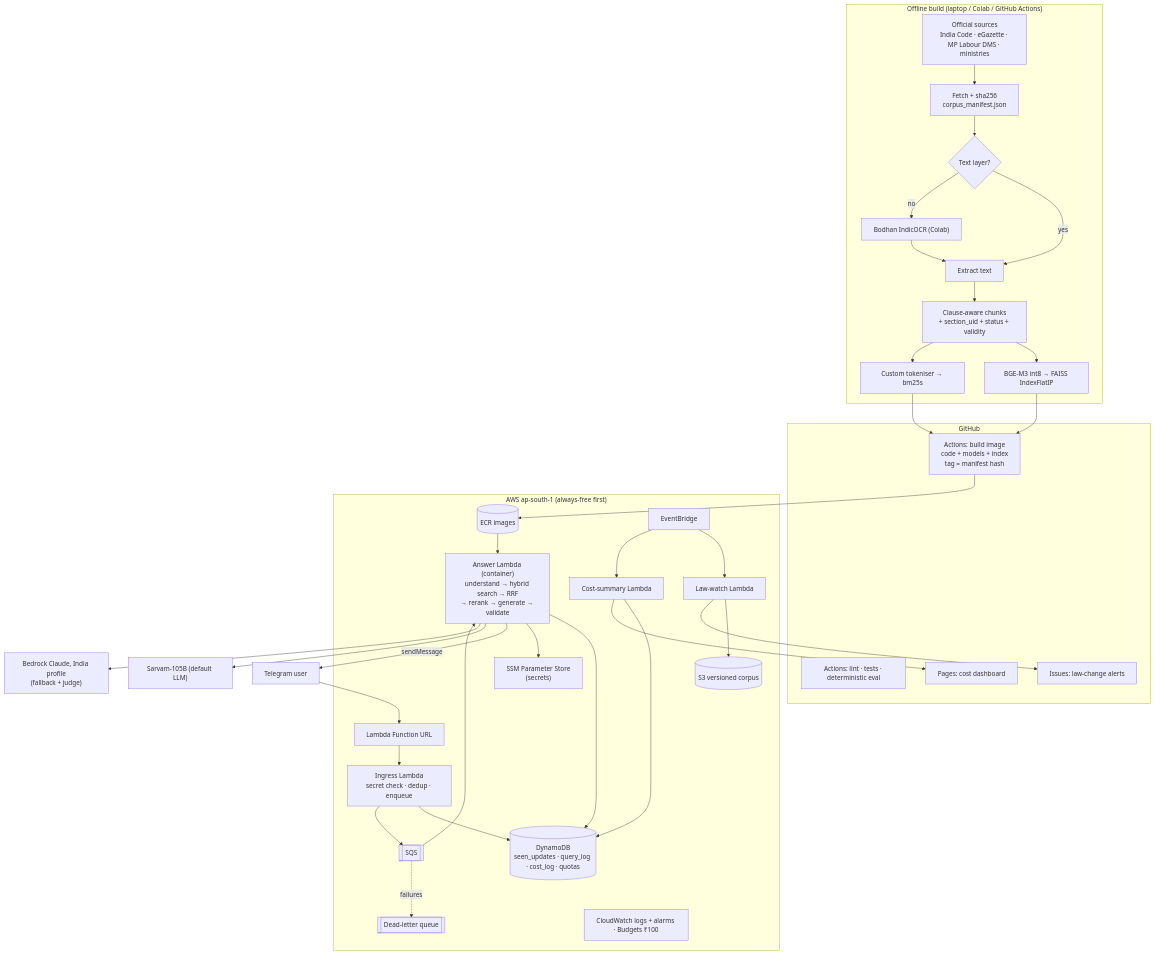
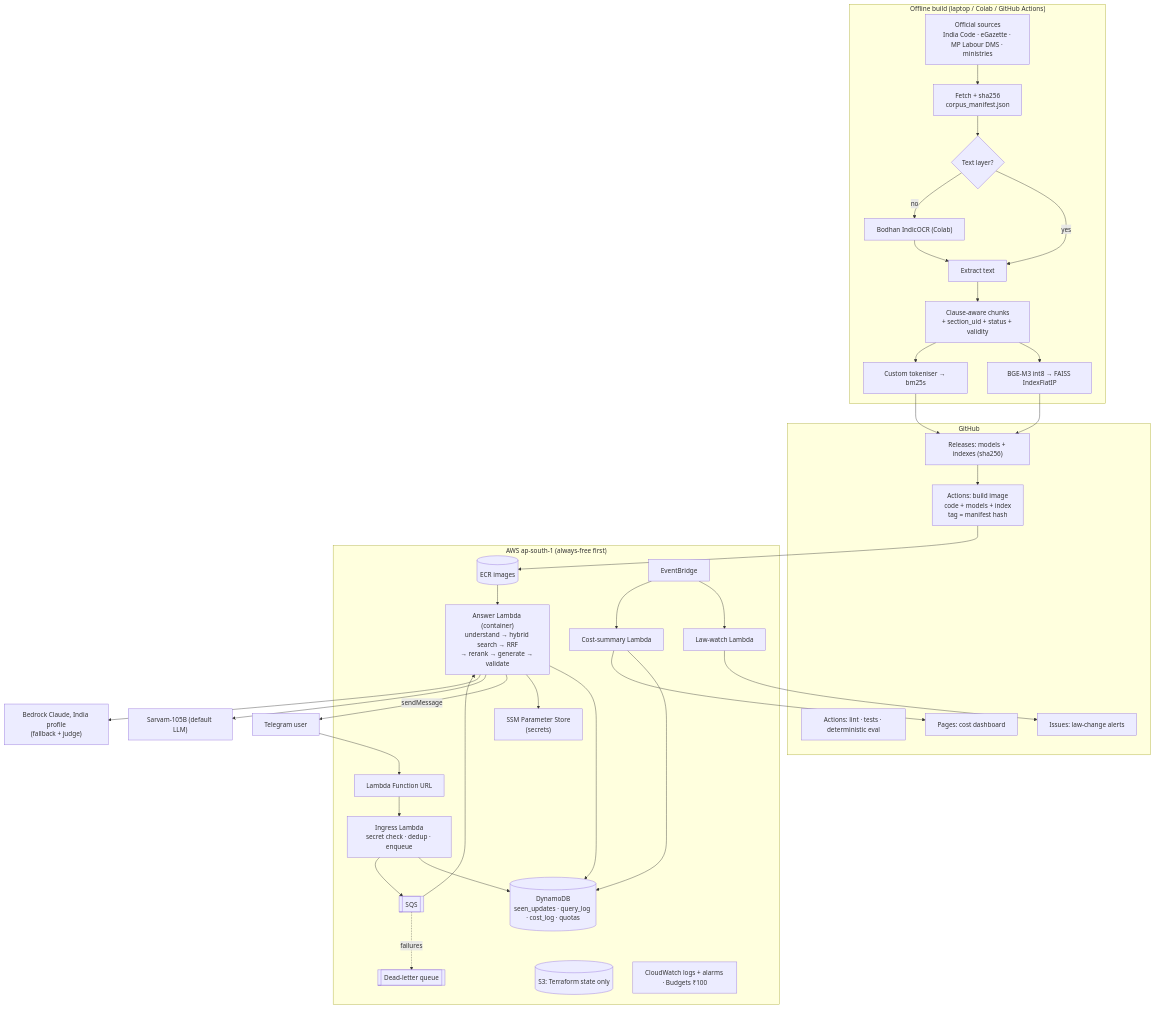
One commit to ajinendra05/Madhya-Kanoon-Saathi changed the diagram in docs/ARCHITECTURE.md. Above: the diagram before and after it, drawn with Mermaid. The commit also changed other lines of this file and 2 other files, not shown here.

Commit message:
docs: cloud storage plan (DEC-084): S3 for Terraform state only, artifacts in GitHub Releases, ECR one image
- alternatives kept in OPEN_QUESTIONS P11
- ARCHITECTURE updated

````diff
--- a/docs/ARCHITECTURE.md
+++ b/docs/ARCHITECTURE.md
@@ -6,48 +6,49 @@
 ```mermaid
 flowchart TB
     subgraph OFF["Offline build (laptop / Colab / GitHub Actions)"]
         SRC["Official sources<br/>India Code · eGazette · MP Labour DMS · ministries"] --> FETCH["Fetch + sha256<br/>corpus_manifest.json"]
         FETCH --> TXT{"Text layer?"}
         TXT -- yes --> PARSE["Extract text"]
         TXT -- no --> OCR["Bodhan IndicOCR (Colab)"]
         OCR --> PARSE
         PARSE --> CHUNK["Clause-aware chunks<br/>+ section_uid + status + validity"]
         CHUNK --> EMB["BGE-M3 int8 → FAISS IndexFlatIP"]
         CHUNK --> BM["Custom tokeniser → bm25s"]
     end
 
     subgraph CI["GitHub"]
         GHA["Actions: lint · tests · deterministic eval"]
+        REL["Releases: models + indexes (sha256)"]
         BUILD["Actions: build image<br/>code + models + index<br/>tag = manifest hash"]
         PAGES["Pages: cost dashboard"]
         ISSUE["Issues: law-change alerts"]
     end
 
-    EMB --> BUILD
-    BM --> BUILD
+    EMB --> REL
+    BM --> REL
+    REL --> BUILD
 
     subgraph AWS["AWS ap-south-1 (always-free first)"]
         URL["Lambda Function URL"] --> ING["Ingress Lambda<br/>secret check · dedup · enqueue"]
         ING --> DDB[("DynamoDB<br/>seen_updates · query_log · cost_log · quotas")]
         ING --> SQS[["SQS"]]
         SQS --> ANS["Answer Lambda (container)<br/>understand → hybrid search → RRF<br/>→ rerank → generate → validate"]
         SQS -. failures .-> DLQ[["Dead-letter queue"]]
         ANS --> DDB
         ANS --> SSM["SSM Parameter Store<br/>(secrets)"]
         ECR[("ECR images")] --> ANS
-        S3[("S3 versioned corpus")]
+        S3[("S3: Terraform state only")]
         EB["EventBridge"] --> LW["Law-watch Lambda"]
         EB --> CS["Cost-summary Lambda"]
-        LW --> S3
         CS --> DDB
         CW["CloudWatch logs + alarms · Budgets ₹100"]
     end
 
     BUILD --> ECR
     TG["Telegram user"] --> URL
     ANS -- "sendMessage" --> TG
     ANS --> SARVAM["Sarvam-105B (default LLM)"]
     ANS --> BEDROCK["Bedrock Claude, India profile<br/>(fallback + judge)"]
     LW --> ISSUE
     CS --> PAGES
 ```
````
